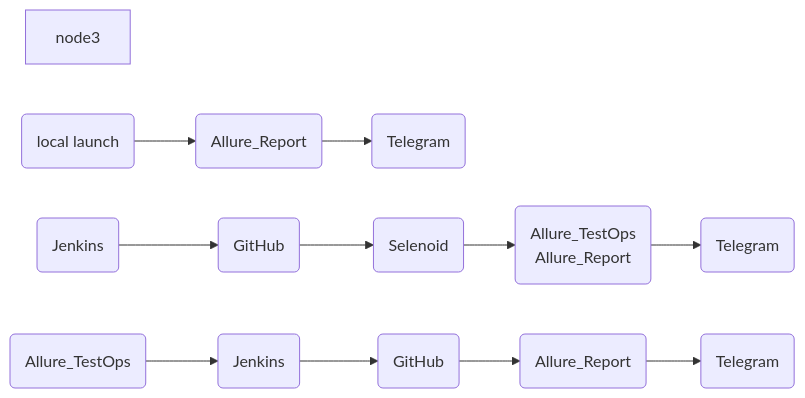
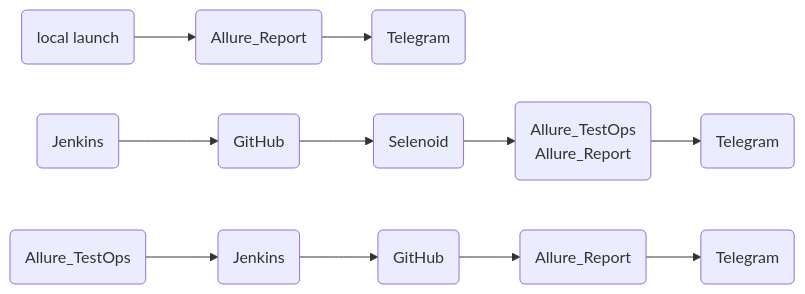
One commit to maxkonushkin/FirstProject changed the diagram in README.md. Above: the diagram before and after it, drawn with Mermaid.

Commit message:
add mermaid

````diff
--- a/README.md
+++ b/README.md
@@ -60,9 +60,8 @@
 ``` mermaid
 flowchart LR;
- node3
 A(local launch)-->B(Allure_Report)-->P(Telegram);
     C(Jenkins)-->D(GitHub)-->U(Selenoid);
     U(Selenoid)-->I(Allure_TestOps
     Allure_Report)-->O(Telegram);
     Q(Allure_TestOps)-->W(Jenkins)-->R(GitHub)-->T(Allure_Report)-->Y(Telegram); 
 ```
````
